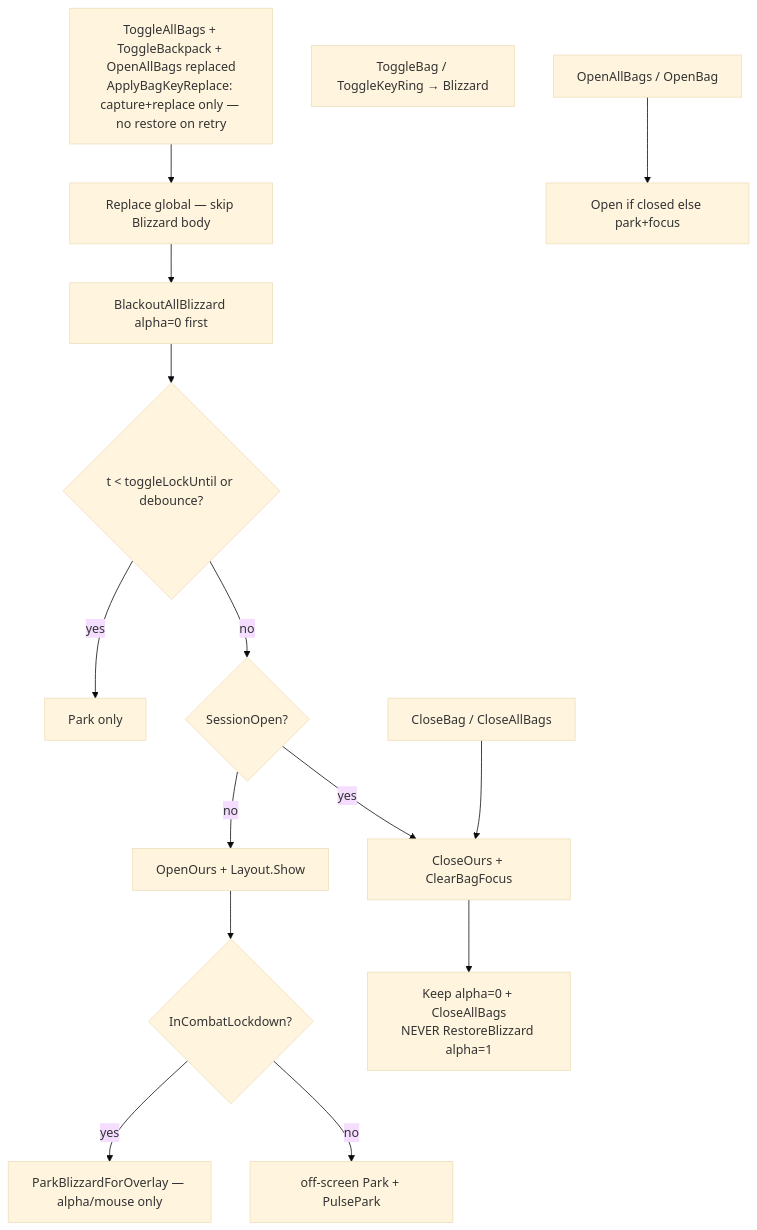
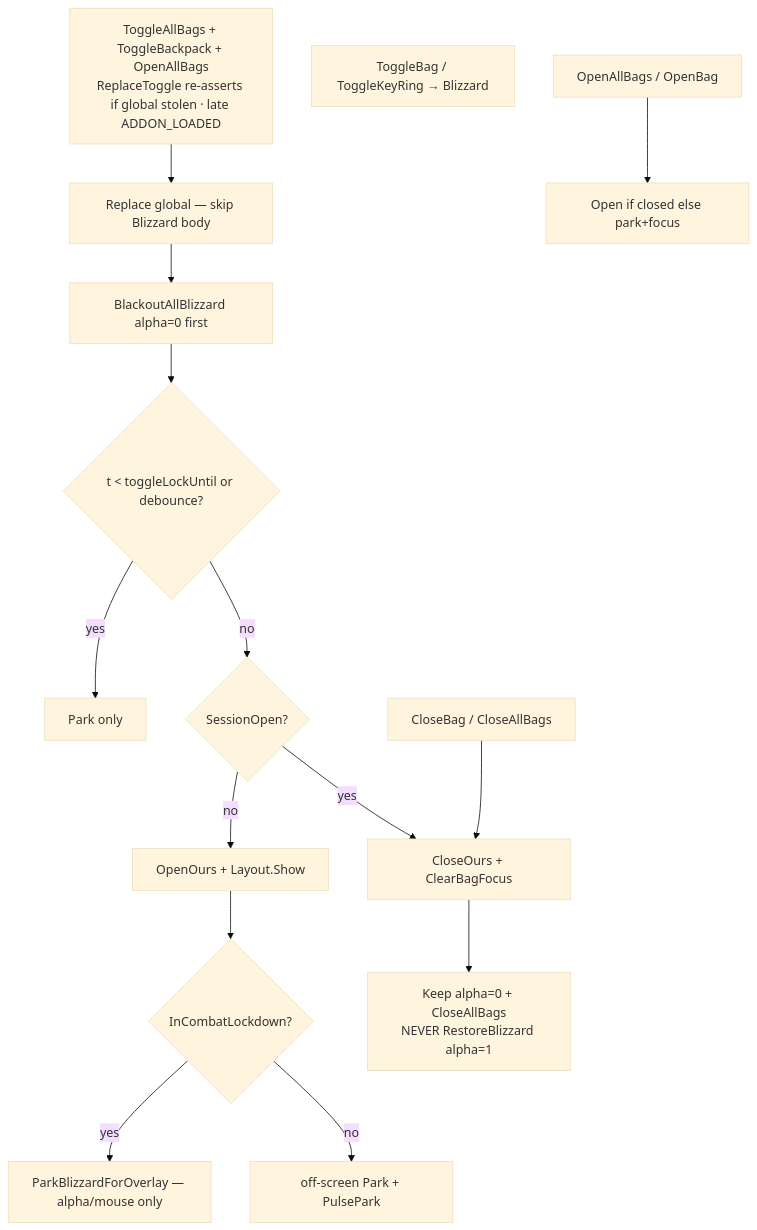
One commit to sirTurbisCZ/wow-forever-addons changed the first of 6 diagrams in addons/BetterBackpack/Docs/loops.md. Above: the diagram before and after it, drawn with Mermaid (base theme). The commit also changed 5 other files, not shown here.

First line of the commit message:
fix(BetterBackpack): reassert ToggleBackpack wrapper when stolen (1.0.11)

````diff
--- a/addons/BetterBackpack/Docs/loops.md
+++ b/addons/BetterBackpack/Docs/loops.md
@@ -11,18 +11,18 @@
 ```mermaid
 flowchart TD
-  B[ToggleAllBags + ToggleBackpack + OpenAllBags replaced<br/>ApplyBagKeyReplace: capture+replace only — no restore on retry]
+  B[ToggleAllBags + ToggleBackpack + OpenAllBags<br/>ReplaceToggle re-asserts if global stolen · late ADDON_LOADED]
   Bar[ToggleBag / ToggleKeyRing → Blizzard]
   B --> Rep[Replace global — skip Blizzard body]
   Rep --> Black[BlackoutAllBlizzard alpha=0 first]
   Black --> Lock{t < toggleLockUntil or debounce?}
   Lock -->|yes| Pulse[Park only]
   Lock -->|no| Vis{SessionOpen?}
   Vis -->|no| Open[OpenOurs + Layout.Show]
   Open --> ParkMode{InCombatLockdown?}
   ParkMode -->|yes| AlphaOnly[ParkBlizzardForOverlay — alpha/mouse only]
   ParkMode -->|no| OffPark[off-screen Park + PulsePark]
   Vis -->|yes| Close[CloseOurs + ClearBagFocus]
   Close --> Keep0[Keep alpha=0 + CloseAllBags<br/>NEVER RestoreBlizzard alpha=1]
   OpenOnly[OpenAllBags / OpenBag] --> OpenOrPark[Open if closed else park+focus]
   CloseAPI[CloseBag / CloseAllBags] --> Close
 ```
````
